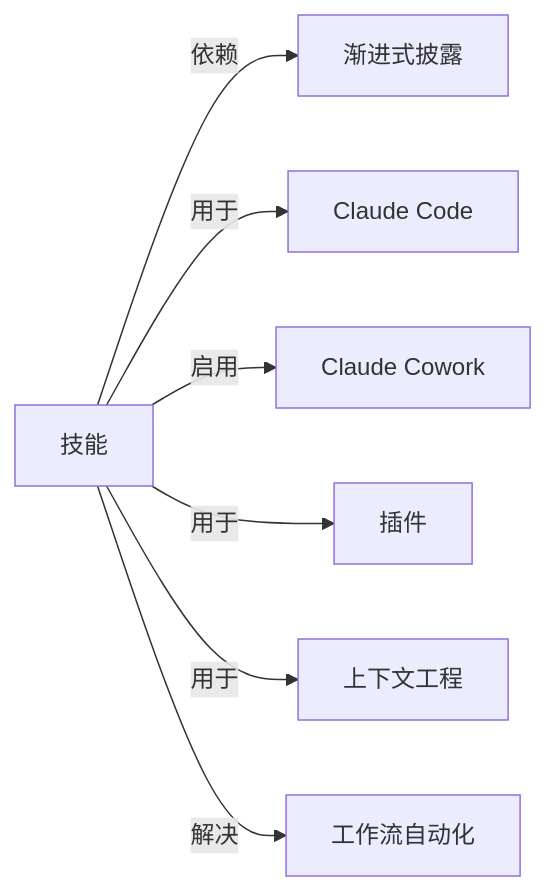
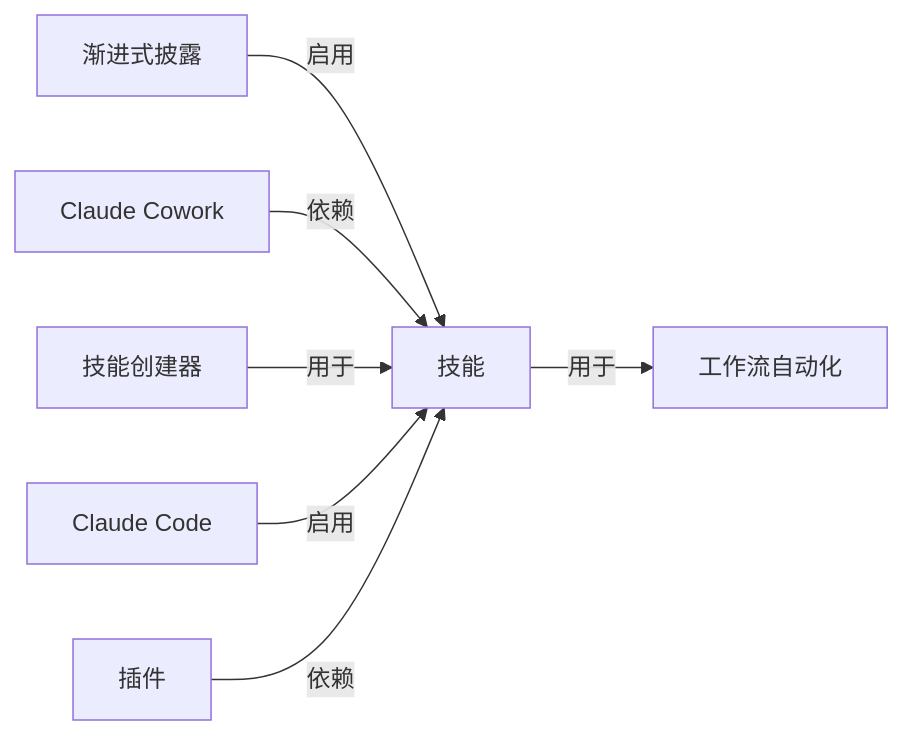
The diagram in wiki/技能.md (yibie/claude-best-practices-zh), drawn with Mermaid before and after one commit. The commit also changed other lines of this file and 407 other files, not shown here.

Commit message:
feat: DeepSeek 三遍审校（译文/关系/图谱）+ 可部署静态站点

````diff
--- a/wiki/技能.md
+++ b/wiki/技能.md
@@ -48,10 +51,10 @@
 ```mermaid
 graph LR
   C["技能"]
-  C -->|依赖| N0["渐进式披露"]
-  C -->|用于| N1["Claude Code"]
-  C -->|启用| N2["Claude Cowork"]
-  C -->|用于| N3["插件"]
-  C -->|用于| N4["上下文工程"]
-  C -->|解决| N5["工作流自动化"]
+  N0["渐进式披露"] -->|启用| C
+  N1["Claude Cowork"] -->|依赖| C
+  N2["技能创建器"] -->|用于| C
+  N3["Claude Code"] -->|启用| C
+  C -->|用于| N4["工作流自动化"]
+  N5["插件"] -->|依赖| C
 ```
````
